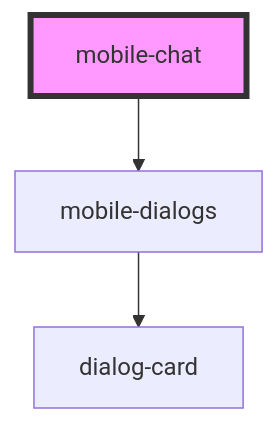
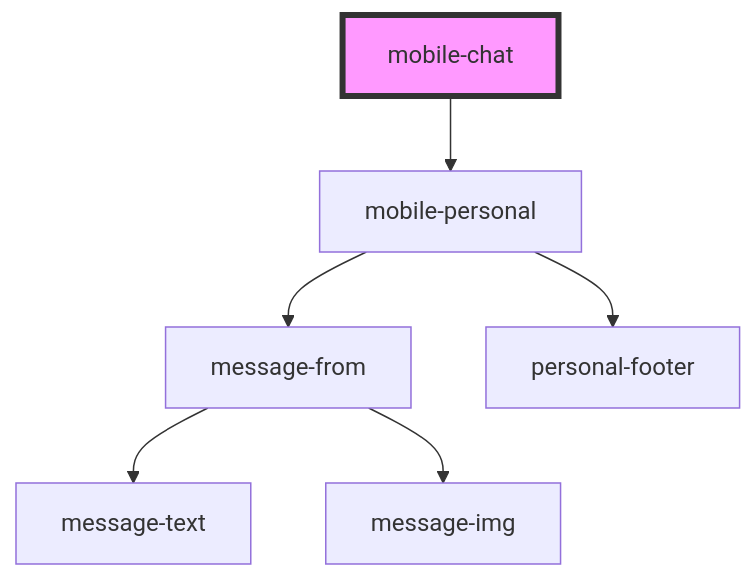
One commit to saqhan/stencil-chat changed the diagram in src/components/mobile/mobile-chat/readme.md. Above: the diagram before and after it, drawn with Mermaid. The commit also changed other lines of this file and 21 other files, not shown here.

````diff
--- a/src/components/mobile/mobile-chat/readme.md
+++ b/src/components/mobile/mobile-chat/readme.md
@@ -15,6 +15,9 @@
 ```mermaid
 graph TD;
-  mobile-chat --> mobile-dialogs
-  mobile-dialogs --> dialog-card
+  mobile-chat --> mobile-personal
+  mobile-personal --> message-from
+  mobile-personal --> personal-footer
+  message-from --> message-text
+  message-from --> message-img
   style mobile-chat fill:#f9f,stroke:#333,stroke-width:4px
 ```
````
